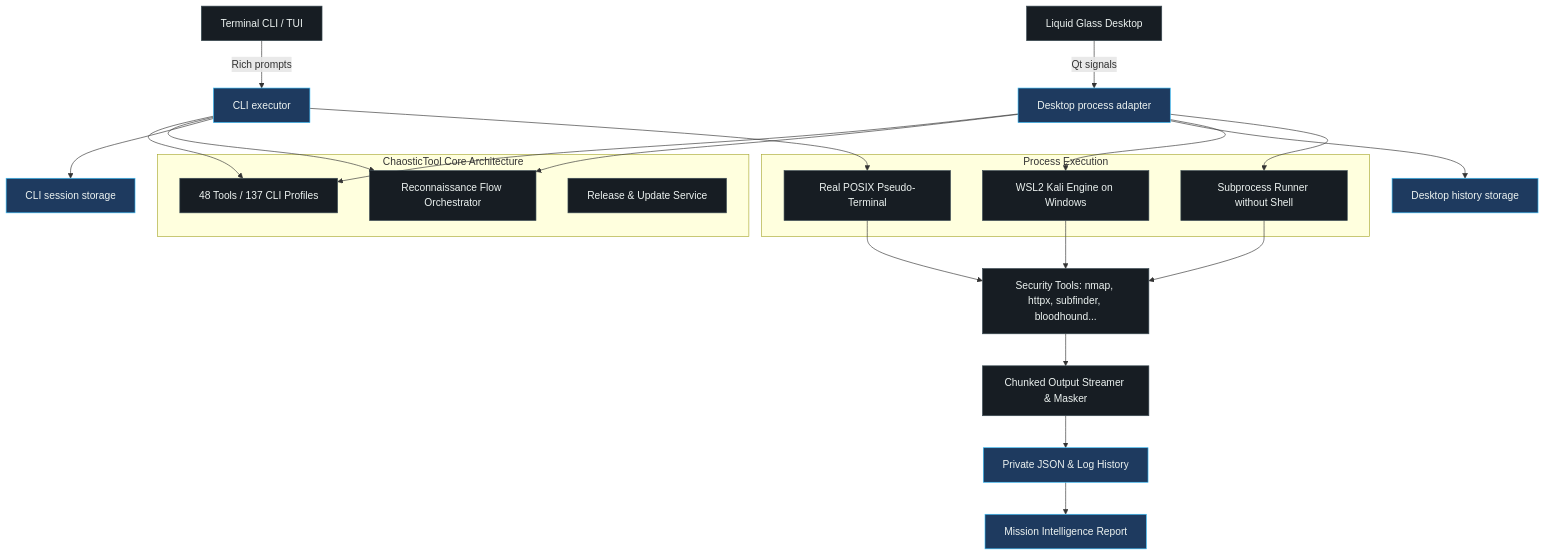
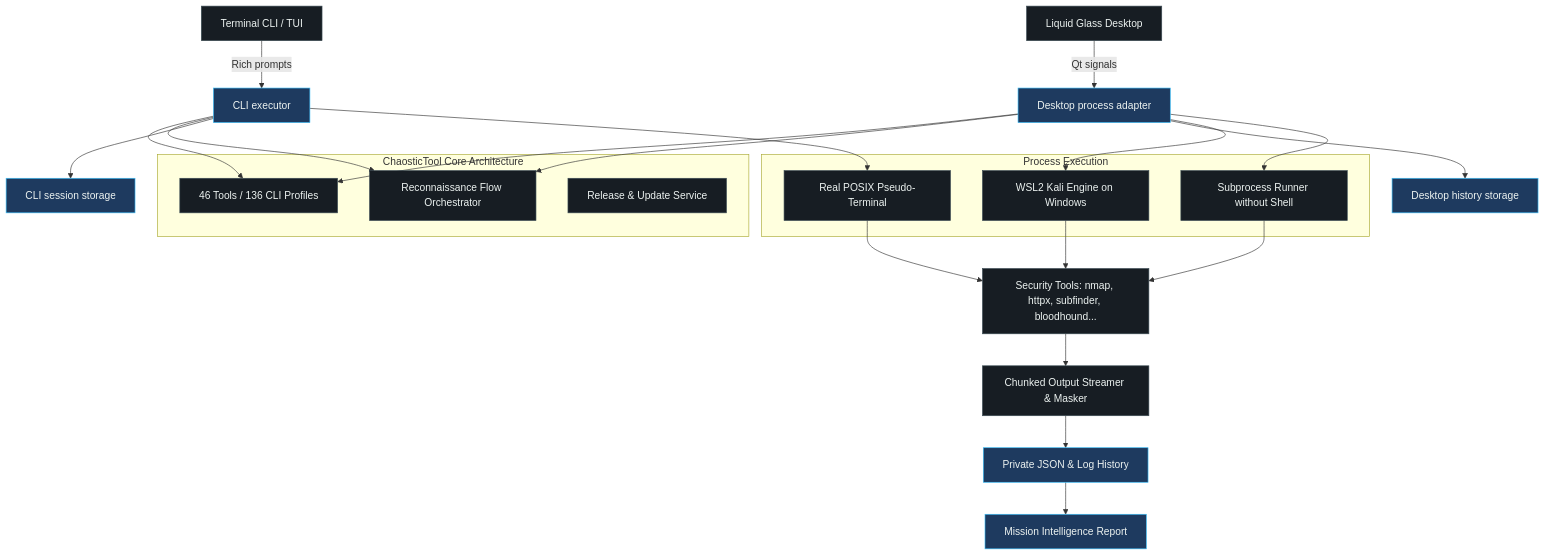
Before and after one commit to Chaos-Tic/Chaostic-Tool: the diagram in docs/ARCHITECTURE.md, drawn with Mermaid. The commit also changed other lines of this file and 25 other files, not shown here.

````diff
--- a/docs/ARCHITECTURE.md
+++ b/docs/ARCHITECTURE.md
@@ -11,41 +11,41 @@
 ```mermaid
 flowchart TD
     UserCLI[Terminal CLI / TUI] -->|Rich prompts| CliExecutor[CLI executor]
     UserGUI[Liquid Glass Desktop] -->|Qt signals| DesktopRunner[Desktop process adapter]
     
     subgraph Core[ChaosticTool Core Architecture]
-        CoreProfiles[48 Tools / 137 CLI Profiles]
+        CoreProfiles[46 Tools / 136 CLI Profiles]
         CoreFlows[Reconnaissance Flow Orchestrator]
         CoreUpdate[Release & Update Service]
     end
     
     CliExecutor --> CoreProfiles
     CliExecutor --> CoreFlows
     DesktopRunner --> CoreProfiles
     DesktopRunner --> CoreFlows
     CliExecutor --> CliStorage[CLI session storage]
     DesktopRunner --> DesktopStorage[Desktop history storage]
     
     subgraph Execution[Process Execution]
         PTY[Real POSIX Pseudo-Terminal]
         WSL[WSL2 Kali Engine on Windows]
         Direct[Subprocess Runner without Shell]
     end
     
     CliExecutor --> PTY
     DesktopRunner --> WSL
     DesktopRunner --> Direct
     
     PTY --> Tool[Security Tools: nmap, httpx, subfinder, bloodhound...]
     WSL --> Tool
     Direct --> Tool
     
     Tool --> Stream[Chunked Output Streamer & Masker]
     Stream --> Storage[Private JSON & Log History]
     Storage --> Report[Mission Intelligence Report]
 
     classDef base fill:#171d23,stroke:#3b4c54,color:#edf3f1
     classDef accent fill:#1e3a5f,stroke:#38bdf8,color:#edf3f1
     class UserCLI,UserGUI,CoreProfiles,CoreFlows,CoreUpdate,PTY,WSL,Direct,Tool,Stream base
     class CliExecutor,DesktopRunner,CliStorage,DesktopStorage,Storage,Report accent
 ```
````
